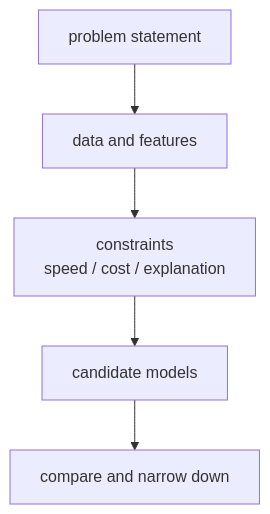
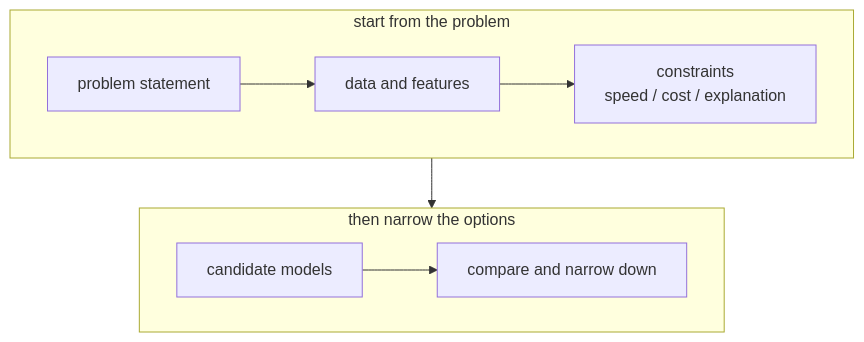
The second of 3 diagrams in docs/parts/part-03/chapter-08/section-01.md (devchan64/AiBook), drawn with Mermaid before and after one commit. The commit also changed other lines of this file and 4 other files, not shown here.

Commit message:
docs(part3): refine preprocessing and model selection diagrams

````diff
--- a/docs/parts/part-03/chapter-08/section-01.md
+++ b/docs/parts/part-03/chapter-08/section-01.md
@@ -138,10 +186,18 @@
 ```mermaid
 flowchart TD
-  A["problem statement"]
-  B["data and features"]
-  C["constraints<br/>speed / cost / explanation"]
-  D["candidate models"]
-  E["compare and narrow down"]
+  subgraph R1["start from the problem"]
+    direction LR
+    A["problem statement"]
+    B["data and features"]
+    C["constraints<br/>speed / cost / explanation"]
+  end
 
-  A --> B --> C --> D --> E
+  subgraph R2["then narrow the options"]
+    direction LR
+    D["candidate models"]
+    E["compare and narrow down"]
+  end
+
+  A --> B --> C
+  C --> D --> E
 ```
````
